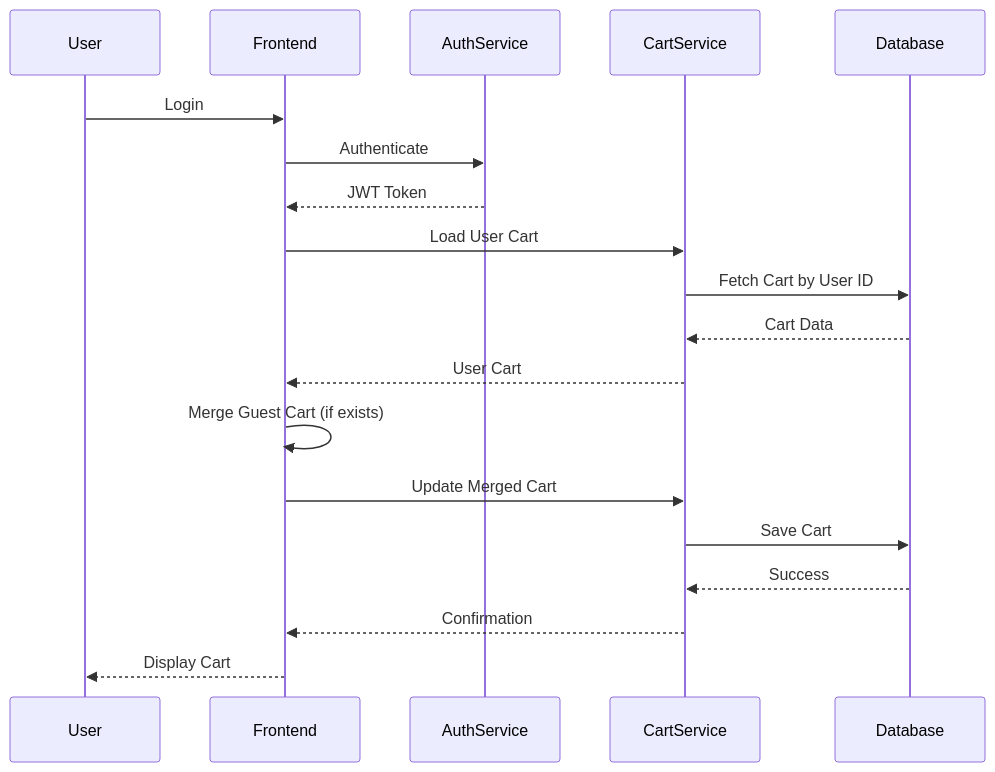
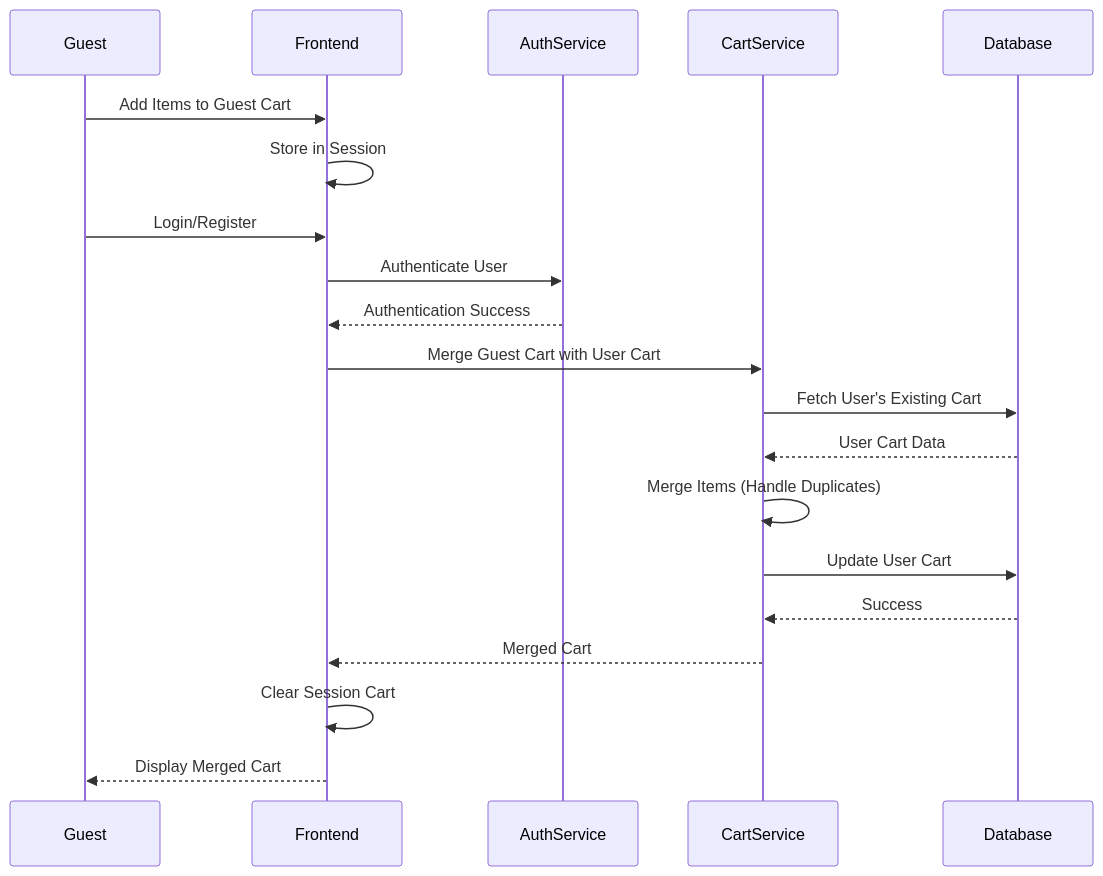
One commit to NavneetBN47/aava-ecom-demo changed diagram 17 of 17 in docs/LLD/lld.md. Above: the diagram before and after it, drawn with Mermaid. The commit also changed other lines of this file, not shown here.

````diff
--- a/docs/LLD/lld.md
+++ b/docs/LLD/lld.md
@@ -836,22 +844,23 @@
 ```mermaid
 sequenceDiagram
-    participant User
+    participant Guest
     participant Frontend
     participant AuthService
     participant CartService
     participant Database
 
-    User->>Frontend: Login
-    Frontend->>AuthService: Authenticate
-    AuthService-->>Frontend: JWT Token
-    Frontend->>CartService: Load User Cart
-    CartService->>Database: Fetch Cart by User ID
-    Database-->>CartService: Cart Data
-    CartService-->>Frontend: User Cart
-    Frontend->>Frontend: Merge Guest Cart (if exists)
-    Frontend->>CartService: Update Merged Cart
-    CartService->>Database: Save Cart
+    Guest->>Frontend: Add Items to Guest Cart
+    Frontend->>Frontend: Store in Session
+    Guest->>Frontend: Login/Register
+    Frontend->>AuthService: Authenticate User
+    AuthService-->>Frontend: Authentication Success
+    Frontend->>CartService: Merge Guest Cart with User Cart
+    CartService->>Database: Fetch User's Existing Cart
+    Database-->>CartService: User Cart Data
+    CartService->>CartService: Merge Items (Handle Duplicates)
+    CartService->>Database: Update User Cart
     Database-->>CartService: Success
-    CartService-->>Frontend: Confirmation
-    Frontend-->>User: Display Cart
+    CartService-->>Frontend: Merged Cart
+    Frontend->>Frontend: Clear Session Cart
+    Frontend-->>Guest: Display Merged Cart
 ```
````
